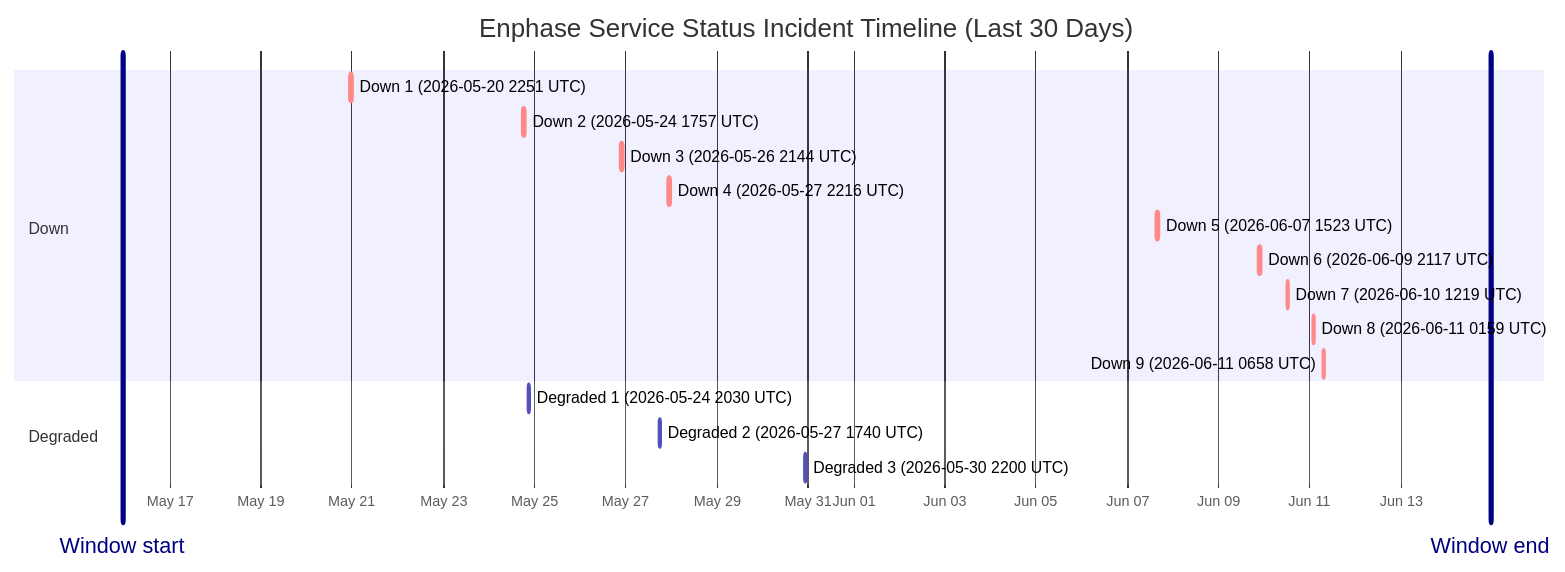
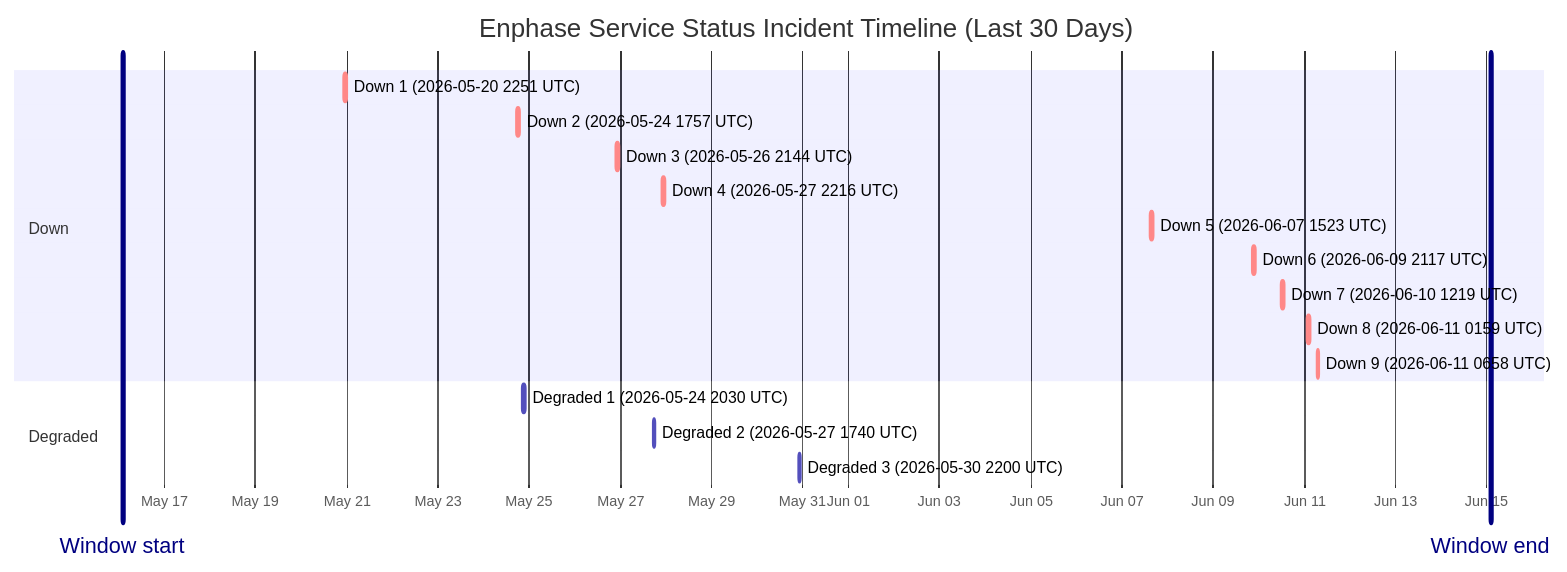
The diagram in wiki/Service-Status-History.md (barneyonline/ha-enphase-energy), drawn with Mermaid before and after one commit. The commit also changed other lines of this file and 3 other files, not shown here.

````diff
--- a/wiki/Service-Status-History.md
+++ b/wiki/Service-Status-History.md
@@ -14,22 +14,22 @@
 ```mermaid
 gantt
     title Enphase Service Status Incident Timeline (Last 30 Days)
     dateFormat  YYYY-MM-DDTHH:mm:ss
     axisFormat  %b %d
-    Window start :vert, window-start, 2026-05-15T23:08:35, 0ms
-    Window end :vert, window-end, 2026-06-14T23:08:35, 0ms
+    Window start :vert, window-start, 2026-05-16T01:59:47, 0ms
+    Window end :vert, window-end, 2026-06-15T01:59:47, 0ms
     section Down
     Down 1 (2026-05-20 2251 UTC) :crit, down-1, 2026-05-20T22:51:14, 75m
     Down 2 (2026-05-24 1757 UTC) :crit, down-2, 2026-05-24T17:57:41, 86m
     Down 3 (2026-05-26 2144 UTC) :crit, down-3, 2026-05-26T21:44:11, 85m
     Down 4 (2026-05-27 2216 UTC) :crit, down-4, 2026-05-27T22:16:53, 87m
     Down 5 (2026-06-07 1523 UTC) :crit, down-5, 2026-06-07T15:23:22, 87m
     Down 6 (2026-06-09 2117 UTC) :crit, down-6, 2026-06-09T21:17:17, 60m
     Down 7 (2026-06-10 1219 UTC) :crit, down-7, 2026-06-10T12:19:21, 60m
     Down 8 (2026-06-11 0159 UTC) :crit, down-8, 2026-06-11T01:59:36, 60m
     Down 9 (2026-06-11 0658 UTC) :crit, down-9, 2026-06-11T06:58:45, 60m
     section Degraded
     Degraded 1 (2026-05-24 2030 UTC) :active, degraded-1, 2026-05-24T20:30:57, 84m
     Degraded 2 (2026-05-27 1740 UTC) :active, degraded-2, 2026-05-27T17:40:52, 60m
     Degraded 3 (2026-05-30 2200 UTC) :active, degraded-3, 2026-05-30T22:00:37, 60m
 ```
````
